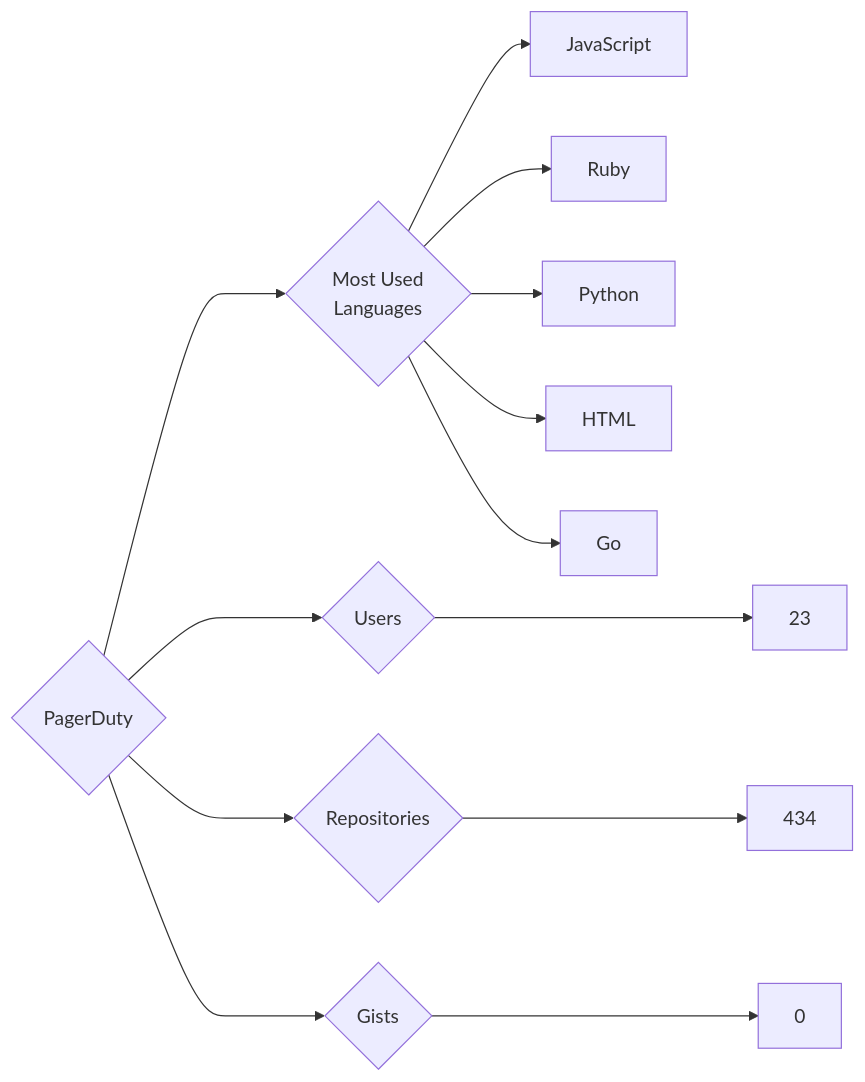
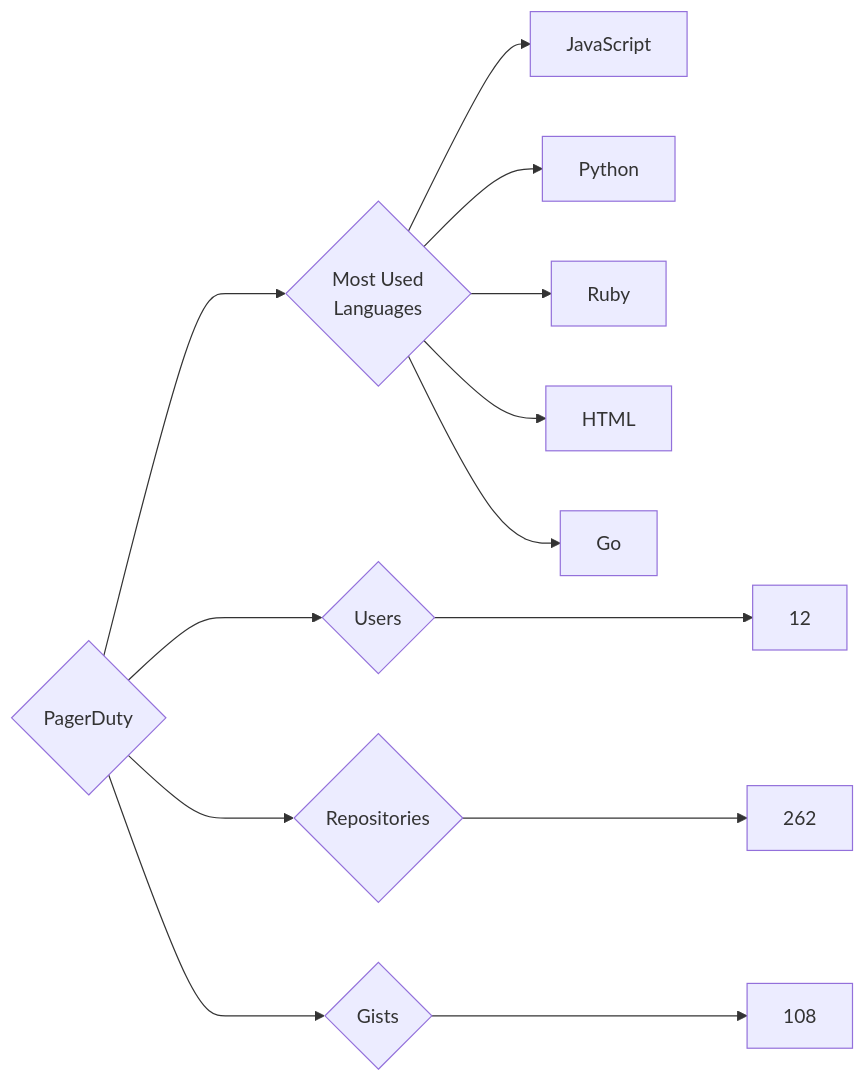
The diagram in targets/PagerDuty/README.md (trickest/insiders), drawn with Mermaid before and after one commit. The commit also changed 997 other files, not shown here.

````diff
--- a/targets/PagerDuty/README.md
+++ b/targets/PagerDuty/README.md
@@ -3,13 +3,13 @@
 ```mermaid
 graph LR
 COMPANY_NAME{PagerDuty}
-COMPANY_NAME ---> U{Users} ---> UN[23]
-COMPANY_NAME ---> R{Repositories} ---> RN[434]
-COMPANY_NAME ---> G{Gists} ---> GN[0]
+COMPANY_NAME ---> U{Users} ---> UN[12]
+COMPANY_NAME ---> R{Repositories} ---> RN[262]
+COMPANY_NAME ---> G{Gists} ---> GN[108]
 COMPANY_NAME ---> ML{Most Used<br>Languages}
-ML --> JavaScript
-ML --> Ruby
-ML --> Python
-ML --> HTML
-ML --> Go
+ML --> JavaScript[JavaScript]
+ML --> Python[Python]
+ML --> Ruby[Ruby]
+ML --> HTML[HTML]
+ML --> Go[Go]
 ```
````
